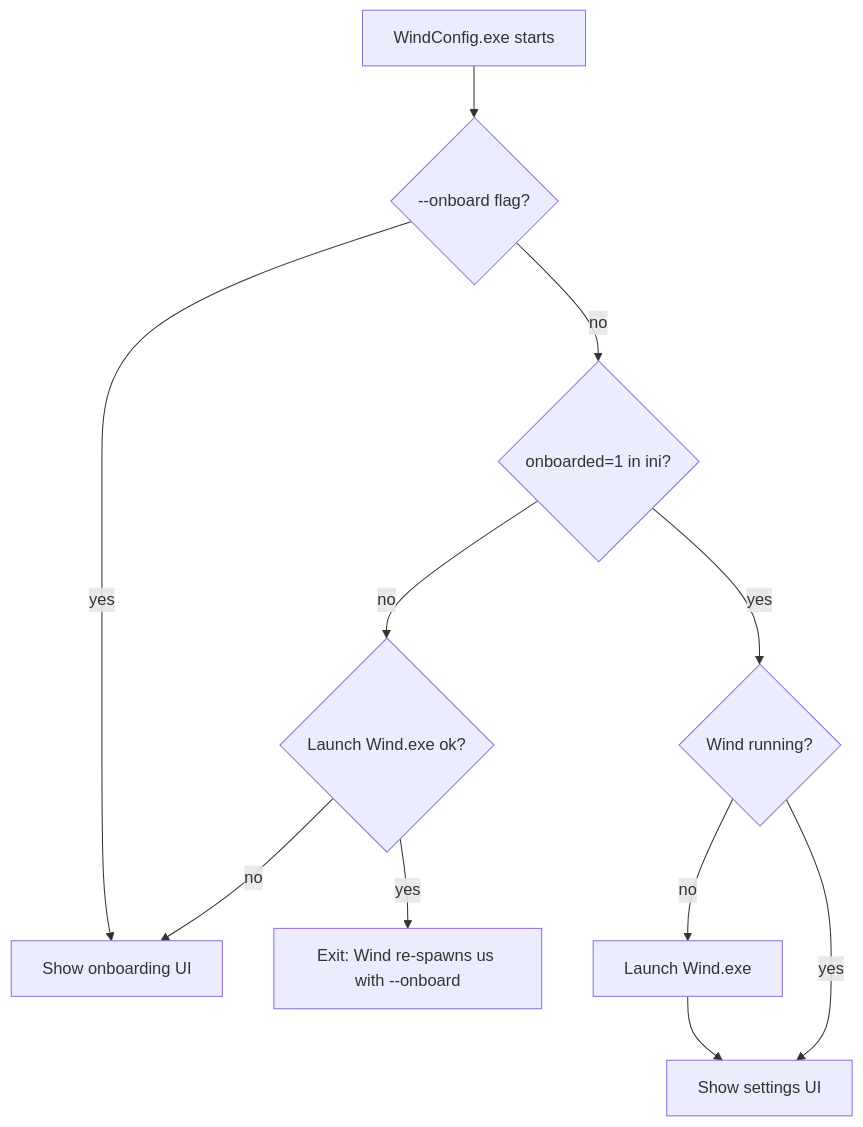
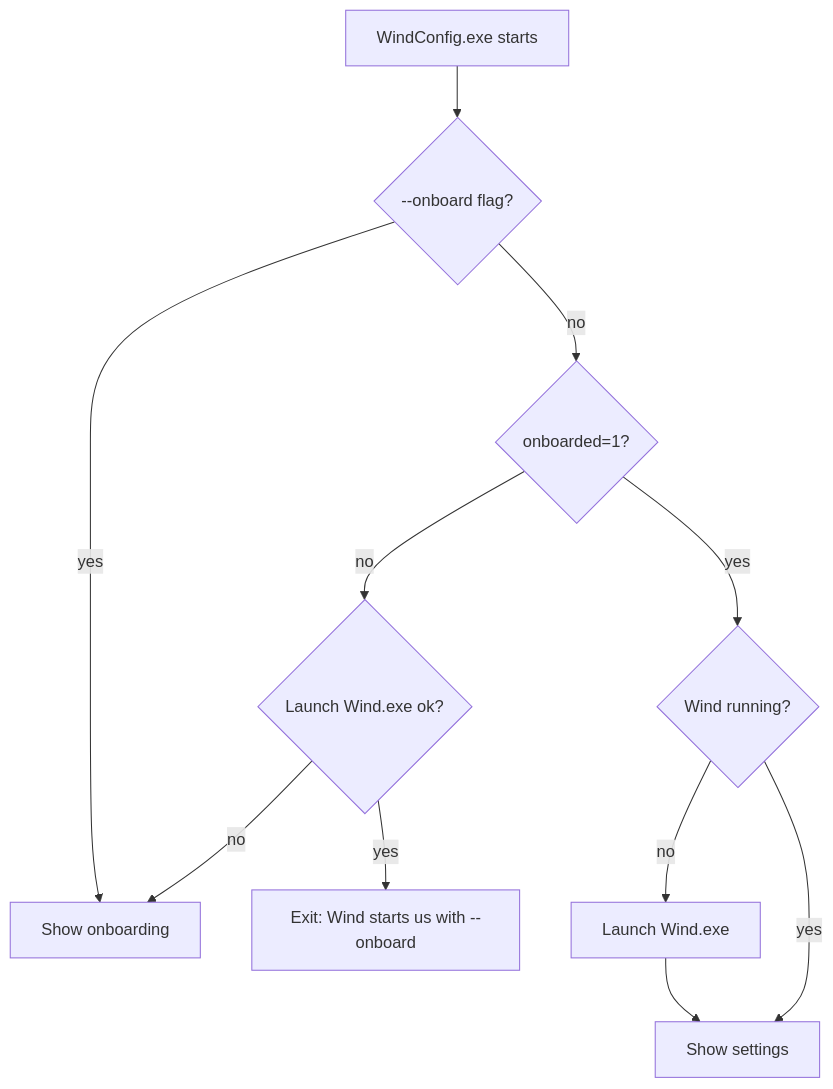
One commit to Maxaubert/Wind changed the first of 2 diagrams in docs/architecture/09-settings-ui.md. Above: the diagram before and after it, drawn with Mermaid. The commit also changed other lines of this file and 142 other files, not shown here.

First line of the commit message:
docs: overhaul README, CLAUDE.md, architecture and findings (#357) (#358)

````diff
--- a/docs/architecture/09-settings-ui.md
+++ b/docs/architecture/09-settings-ui.md
@@ -82,12 +31,12 @@
 ```mermaid
 flowchart TD
   A[WindConfig.exe starts] --> B{--onboard flag?}
-  B -->|yes| O[Show onboarding UI]
-  B -->|no| C{onboarded=1 in ini?}
+  B -->|yes| O[Show onboarding]
+  B -->|no| C{onboarded=1?}
   C -->|no| D{Launch Wind.exe ok?}
-  D -->|yes| E[Exit: Wind re-spawns us with --onboard]
+  D -->|yes| E[Exit: Wind starts us with --onboard]
   D -->|no| O
   C -->|yes| F{Wind running?}
-  F -->|no| G[Launch Wind.exe] --> S[Show settings UI]
+  F -->|no| G[Launch Wind.exe] --> S[Show settings]
   F -->|yes| S
 ```
````
